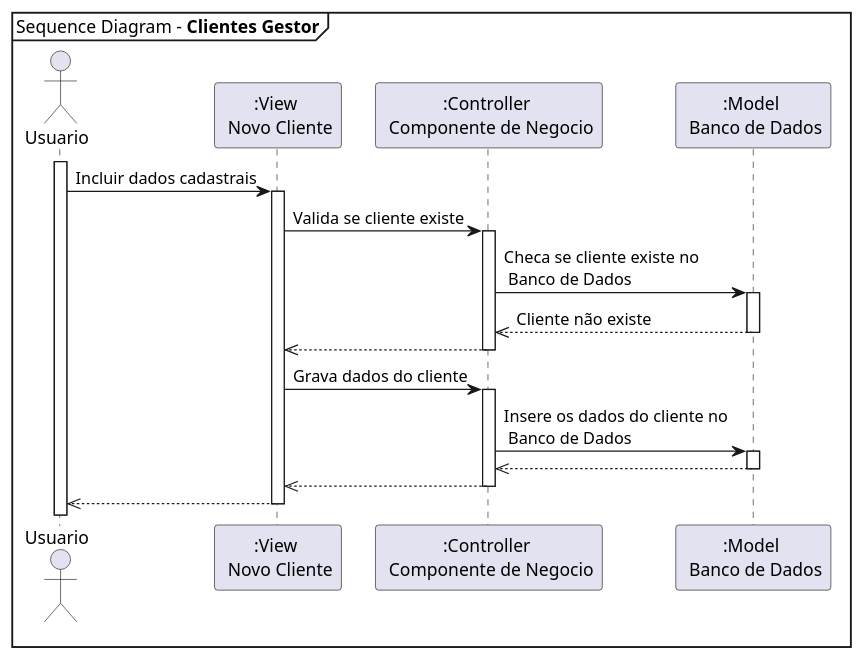
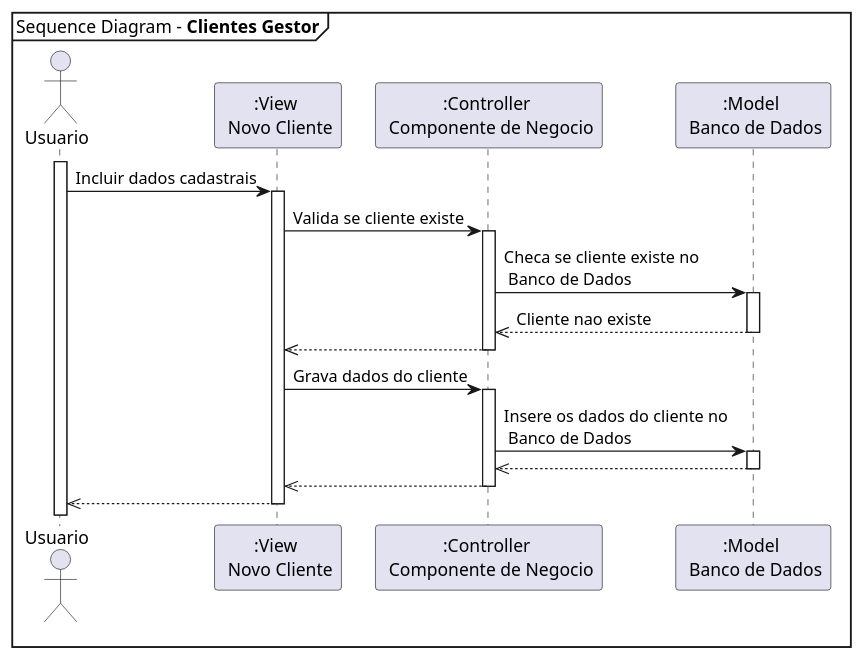
Before and after one commit to douglascarlos-dev/Clientes-Gestor: the diagram in modelagem/diagrama_de_sequencia.plantuml, drawn with PlantUML. The commit also changed 1 other file, not shown here.

```diff
--- a/modelagem/diagrama_de_sequencia.plantuml
+++ b/modelagem/diagrama_de_sequencia.plantuml
@@ -1,38 +1,38 @@
 @startuml Sequence Diagram
 
 mainframe Sequence Diagram - **Clientes Gestor**
 
 actor Usuario
 activate Usuario
 deactivate Usuario
 
 Usuario -> ":View \n Novo Cliente": Incluir dados cadastrais
 activate ":View \n Novo Cliente"
 
 ":View \n Novo Cliente" -> ":Controller \n Componente de Negocio": Valida se cliente existe
 activate ":Controller \n Componente de Negocio"
 
 ":Controller \n Componente de Negocio" -> ":Model \n Banco de Dados": Checa se cliente existe no \n Banco de Dados
 activate ":Model \n Banco de Dados"
-":Model \n Banco de Dados" -->> ":Controller \n Componente de Negocio": Cliente não existe
+":Model \n Banco de Dados" -->> ":Controller \n Componente de Negocio": Cliente nao existe
 deactivate ":Model \n Banco de Dados"
 
 ":Controller \n Componente de Negocio" -->> ":View \n Novo Cliente": 
 deactivate ":Controller \n Componente de Negocio"
 
 ":View \n Novo Cliente" -> ":Controller \n Componente de Negocio": Grava dados do cliente
 activate ":Controller \n Componente de Negocio"
 
 ":Controller \n Componente de Negocio" -> ":Model \n Banco de Dados": Insere os dados do cliente no \n Banco de Dados
 activate ":Model \n Banco de Dados"
 ":Model \n Banco de Dados" -->> ":Controller \n Componente de Negocio":
 deactivate ":Model \n Banco de Dados"
 
 ":Controller \n Componente de Negocio" -->> ":View \n Novo Cliente": 
 deactivate ":Controller \n Componente de Negocio"
 
 ":View \n Novo Cliente" -->> Usuario: 
 deactivate ":View \n Novo Cliente"
 
 
 @enduml
```
